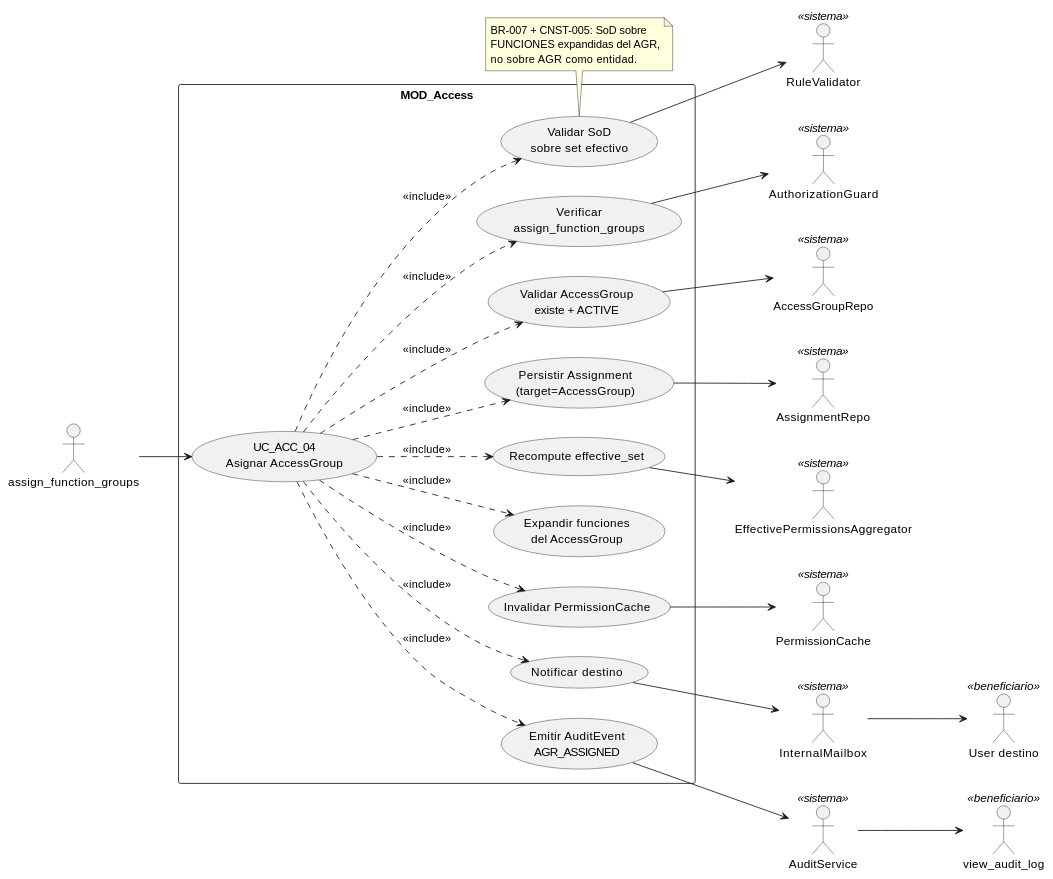
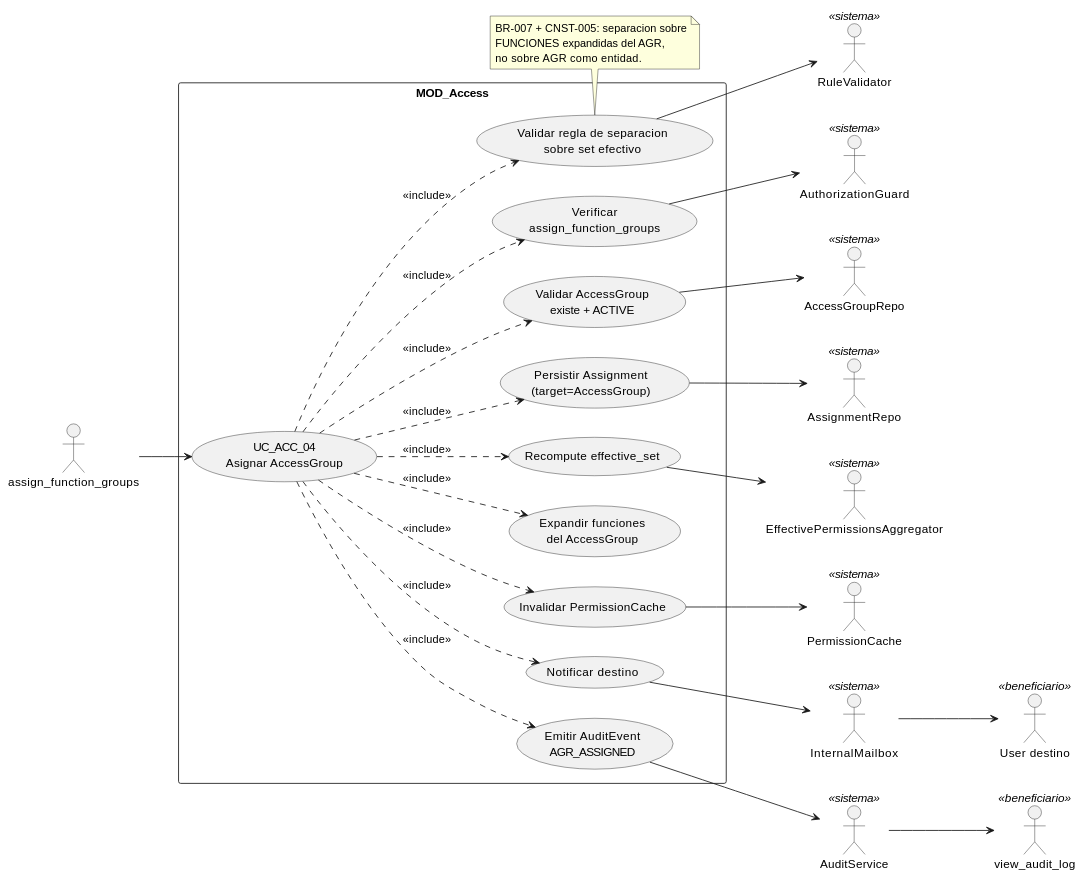
Before and after one commit to jcg-admin/IACT-docs: the diagram in source/arquitectura-tecnica/use-case-view/access/uc-acc-04-asignar-agrupador.rst, drawn with PlantUML. The commit also changed other lines of this file, not shown here.

Commit message:
Replace SOD identifiers and narrative in uc-acc-04
T-002: Cat-1 + Cat-2 + Cat-3.

Refs: T-002, executor directive 'no Sod'

```diff
--- a/source/arquitectura-tecnica/use-case-view/access/uc-acc-04-asignar-agrupador.rst
+++ b/source/arquitectura-tecnica/use-case-view/access/uc-acc-04-asignar-agrupador.rst
@@ -25,62 +25,62 @@
 .. uml::
  :caption: UC_ACC_04 — actores y casos asociados.
 
  @startuml
 
  left to right direction
 
  actor "assign_function_groups" as assign_function_groups
  actor "User destino" as User_destino <<beneficiario>>
  actor "view_audit_log" as view_audit_log <<beneficiario>>
  actor "AuthorizationGuard" as AuthorizationGuard <<sistema>>
  actor "AccessGroupRepo" as AccessGroupRepo <<sistema>>
  actor "AssignmentRepo" as AssignmentRepo <<sistema>>
  actor "RuleValidator" as RuleValidator <<sistema>>
  actor "EffectivePermissionsAggregator" as EffectivePermissionsAggregator <<sistema>>
  actor "PermissionCache" as PermissionCache <<sistema>>
  actor "InternalMailbox" as InternalMailbox <<sistema>>
  actor "AuditService" as AuditService <<sistema>>
 
  rectangle "MOD_Access" {
    usecase "UC_ACC_04\nAsignar AccessGroup" as UC_ACC_04
    usecase "Verificar\nassign_function_groups" as VERIFICAR_AGR
    usecase "Validar AccessGroup\nexiste + ACTIVE" as VALIDAR_AGR_ENTITY
    usecase "Expandir funciones\ndel AccessGroup" as EXPANDIR
-   usecase "Validar SoD\nsobre set efectivo" as VALIDAR_SOD
+   usecase "Validar regla de separacion\nsobre set efectivo" as VALIDAR_SEPARATION_RULES
    usecase "Persistir Assignment\n(target=AccessGroup)" as PERSISTIR
    usecase "Recompute effective_set" as RECALC
    usecase "Invalidar PermissionCache" as INVALIDAR
    usecase "Notificar destino" as NOTIFICAR
    usecase "Emitir AuditEvent\nAGR_ASSIGNED" as AUDITAR
  }
 
  assign_function_groups --> UC_ACC_04
 
  UC_ACC_04 ..> VERIFICAR_AGR : <<include>>
  UC_ACC_04 ..> VALIDAR_AGR_ENTITY : <<include>>
  UC_ACC_04 ..> EXPANDIR : <<include>>
- UC_ACC_04 ..> VALIDAR_SOD : <<include>>
+ UC_ACC_04 ..> VALIDAR_SEPARATION_RULES : <<include>>
  UC_ACC_04 ..> PERSISTIR : <<include>>
  UC_ACC_04 ..> RECALC : <<include>>
  UC_ACC_04 ..> INVALIDAR : <<include>>
  UC_ACC_04 ..> NOTIFICAR : <<include>>
  UC_ACC_04 ..> AUDITAR : <<include>>
 
  VERIFICAR_AGR --> AuthorizationGuard
  VALIDAR_AGR_ENTITY --> AccessGroupRepo
- VALIDAR_SOD --> RuleValidator
+ VALIDAR_SEPARATION_RULES --> RuleValidator
  PERSISTIR --> AssignmentRepo
  RECALC --> EffectivePermissionsAggregator
  INVALIDAR --> PermissionCache
  NOTIFICAR --> InternalMailbox
  InternalMailbox --> User_destino
  AUDITAR --> AuditService
  AuditService --> view_audit_log
 
- note bottom of VALIDAR_SOD
-   BR-007 + CNST-005: SoD sobre
+ note bottom of VALIDAR_SEPARATION_RULES
+   BR-007 + CNST-005: separacion sobre
    FUNCIONES expandidas del AGR,
    no sobre AGR como entidad.
  end note
 
  @enduml
```
